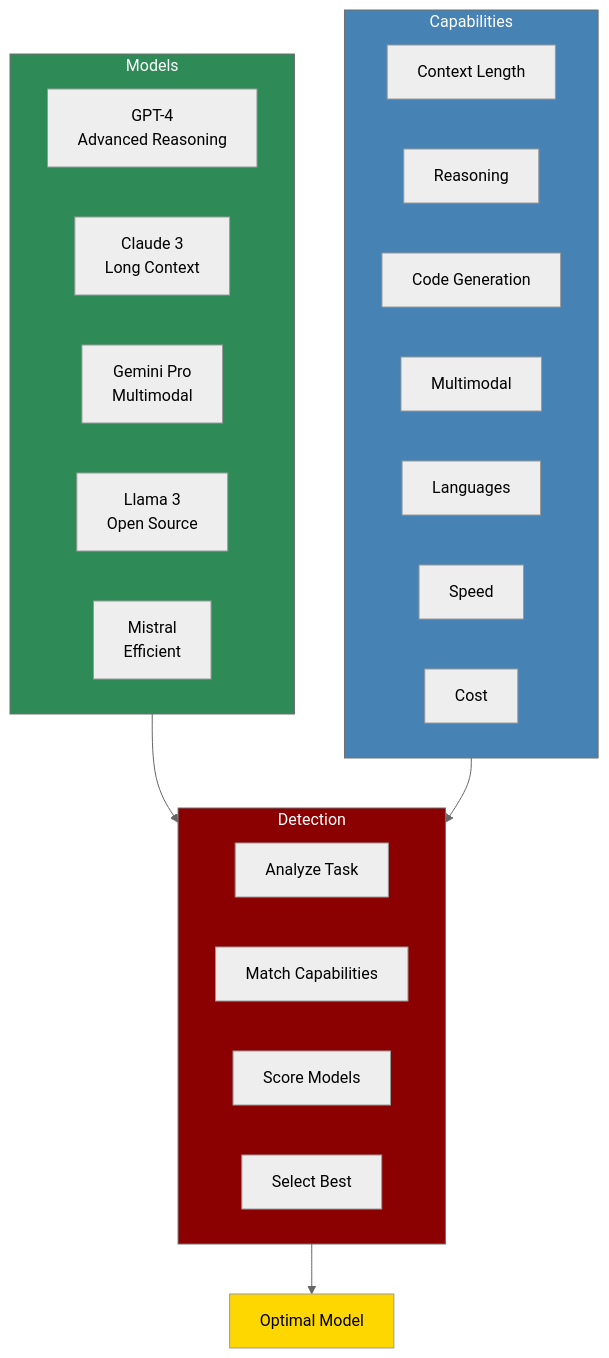
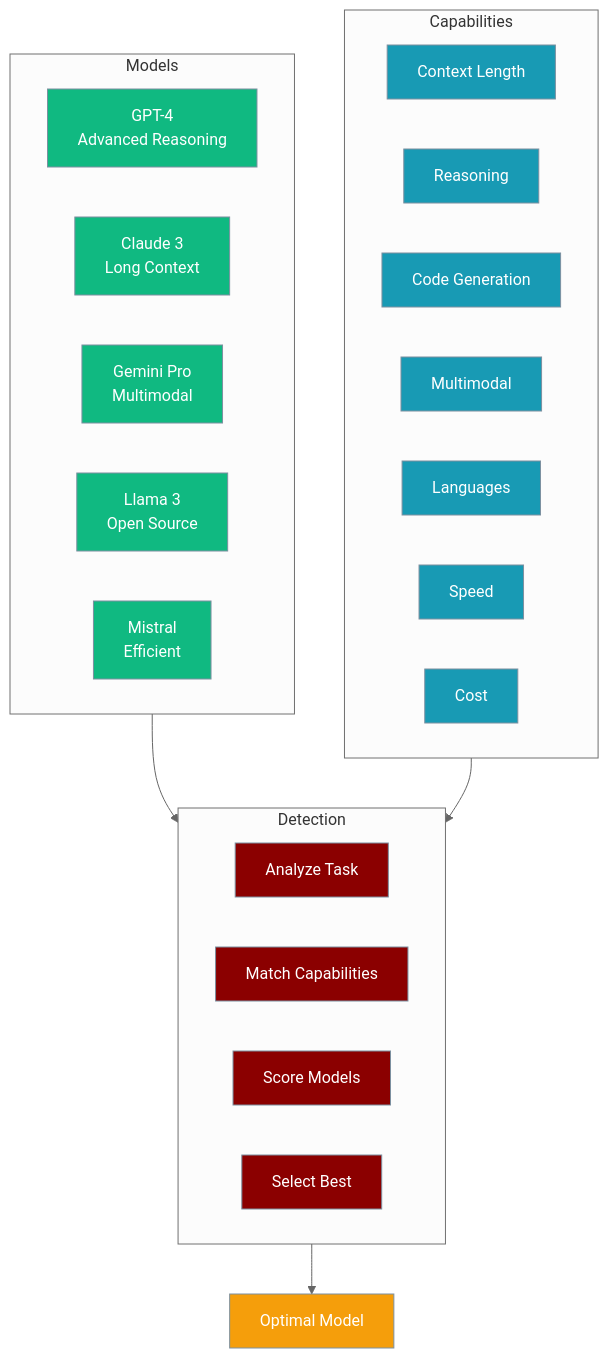
One commit to MervinPraison/PraisonAIDocs changed the diagram in docs/features/model-capabilities.mdx. Above: the diagram before and after it, drawn with Mermaid (neutral theme). The commit also changed other lines of this file and 19 other files, not shown here.

````diff
--- a/docs/features/model-capabilities.mdx
+++ b/docs/features/model-capabilities.mdx
@@ -8,37 +17,41 @@
 ```mermaid
 flowchart TB
     subgraph Models
         GPT4[GPT-4<br/>Advanced Reasoning]
         Claude[Claude 3<br/>Long Context]
         Gemini[Gemini Pro<br/>Multimodal]
         Llama[Llama 3<br/>Open Source]
         Mistral[Mistral<br/>Efficient]
     end
 
     subgraph Capabilities
         direction LR
         C1[Context Length]
         C2[Reasoning]
         C3[Code Generation]
         C4[Multimodal]
         C5[Languages]
         C6[Speed]
         C7[Cost]
     end
 
     subgraph Detection
         D1[Analyze Task]
         D2[Match Capabilities]
         D3[Score Models]
         D4[Select Best]
     end
 
     Models --> Detection
     Capabilities --> Detection
     Detection --> Output[Optimal Model]
 
-    style Models fill:#2E8B57,color:#fff
-    style Capabilities fill:#4682B4,color:#fff
-    style Detection fill:#8B0000,color:#fff
-    style Output fill:#FFD700,color:#000
+    classDef agent fill:#8B0000,stroke:#7C90A0,color:#fff
+    classDef tool fill:#189AB4,stroke:#7C90A0,color:#fff
+    classDef success fill:#10B981,stroke:#7C90A0,color:#fff
+    classDef highlight fill:#F59E0B,stroke:#7C90A0,color:#fff
+    class GPT4,Claude,Gemini,Llama,Mistral success
+    class C1,C2,C3,C4,C5,C6,C7 tool
+    class D1,D2,D3,D4 agent
+    class Output highlight
 ```
````
